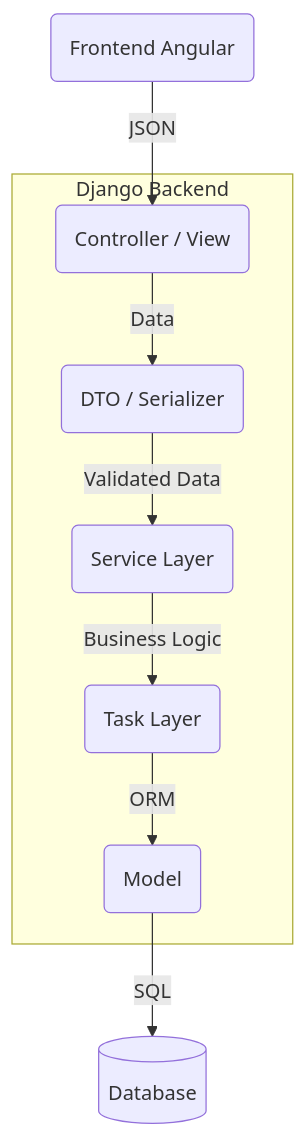
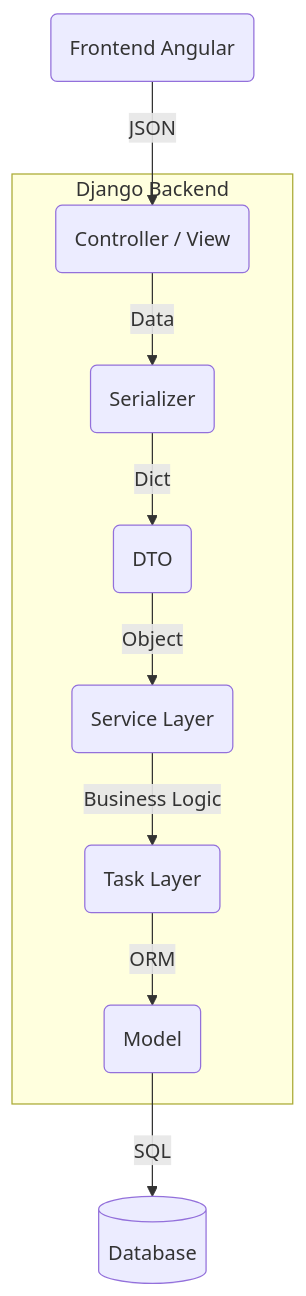
One commit to Esleynathan/desafio-backend-clean-arch changed the diagram in README.md. Above: the diagram before and after it, drawn with Mermaid. The commit also changed other lines of this file, not shown here.

````diff
--- a/README.md
+++ b/README.md
@@ -118,11 +118,12 @@
 ```mermaid
 flowchart TD
     Client(Frontend Angular) -->|JSON| View(Controller / View)
     subgraph Django Backend
-        View -->|Data| DTO(DTO / Serializer)
-        DTO -->|Validated Data| Service(Service Layer)
+        View -->|Data| Serializer(Serializer)
+        Serializer -->|Dict| DTO(DTO)
+        DTO -->|Object| Service(Service Layer)
         Service -->|Business Logic| Task(Task Layer)
         Task -->|ORM| Model(Model)
     end
     Model -->|SQL| DB[(Database)]
 ```
````
